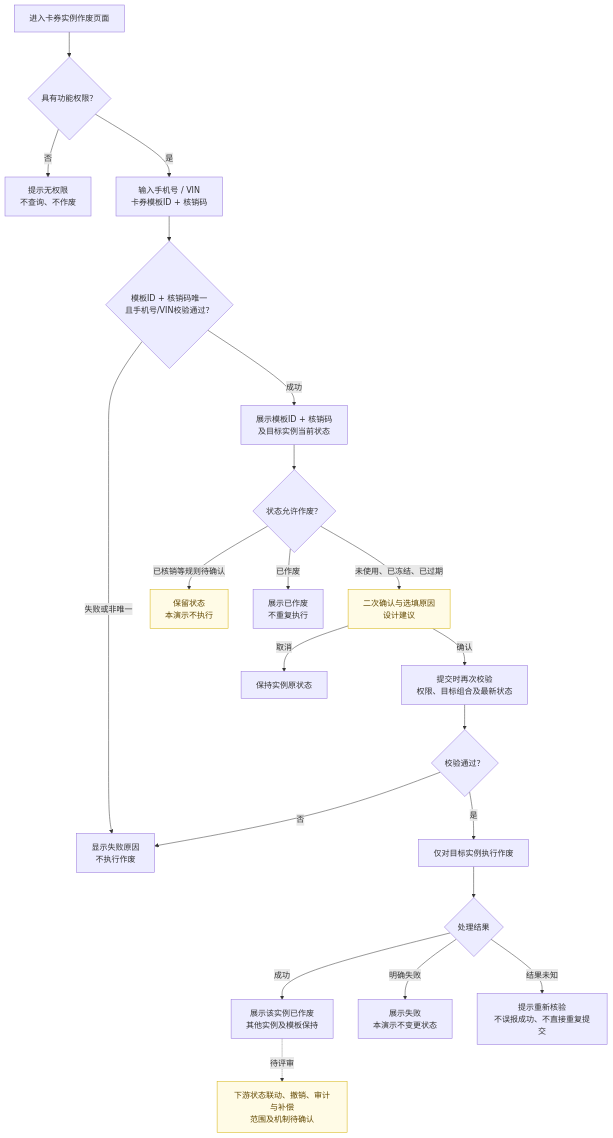
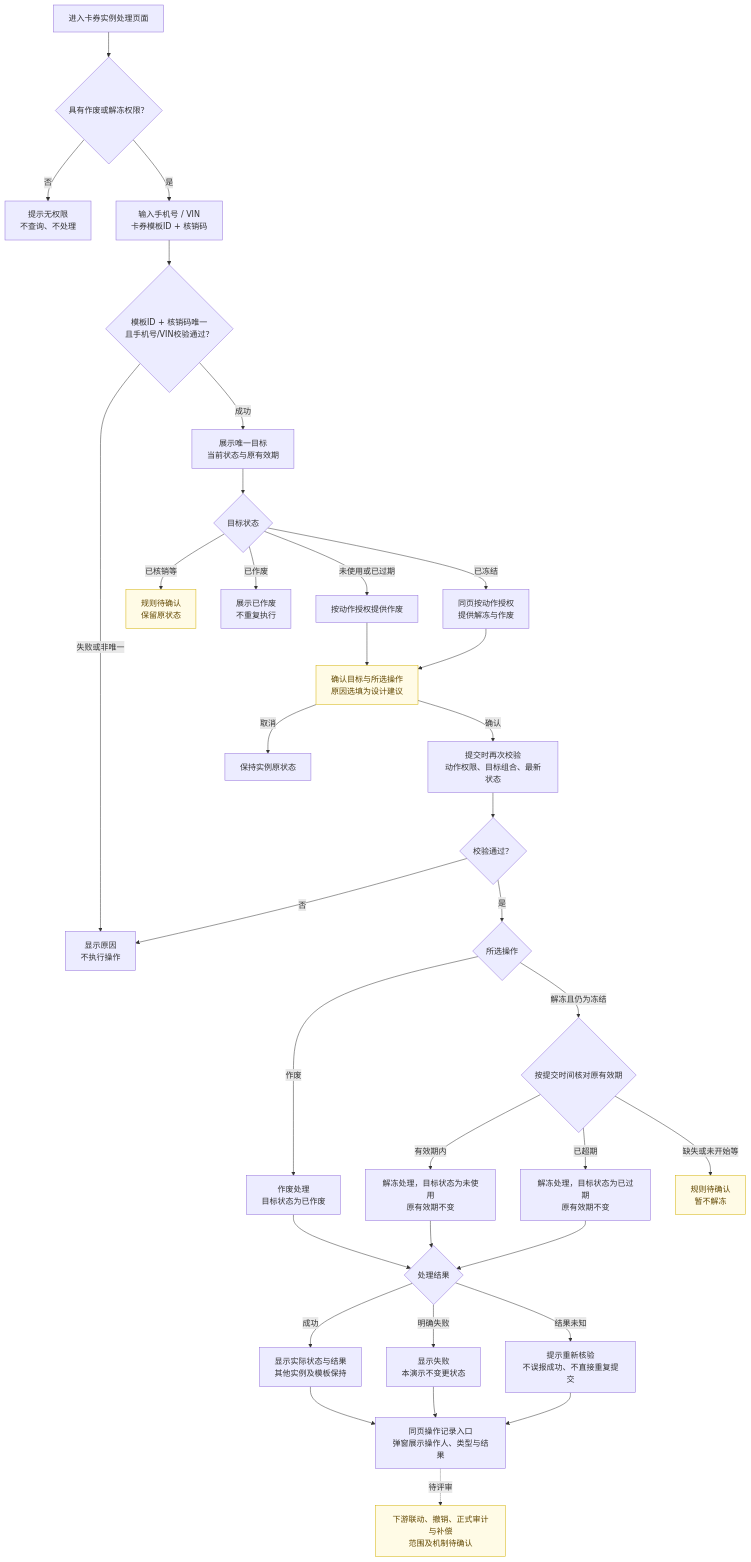
Before and after one commit to huanghaofa/combo-activity-tiered-claim-prototype: the diagram in coupon-instance-void/docs/flow.mmd, drawn with Mermaid. The commit also changed 14 other files, not shown here.

```diff
--- a/coupon-instance-void/docs/flow.mmd
+++ b/coupon-instance-void/docs/flow.mmd
@@ -1,36 +1,55 @@
 flowchart TD
-    A[进入卡券实例作废页面] --> B{具有功能权限？}
+    A[进入卡券实例处理页面] --> B{具有作废或解冻权限？}
     B -- 否 --> X[提示无权限
-不查询、不作废]
+不查询、不处理]
     B -- 是 --> C[输入手机号 / VIN
 卡券模板ID + 核销码]
     C --> D{模板ID + 核销码唯一
 且手机号/VIN校验通过？}
-    D -- 失败或非唯一 --> E[显示失败原因
-不执行作废]
-    D -- 成功 --> F[展示模板ID + 核销码
-及目标实例当前状态]
-    F --> G{状态允许作废？}
-    G -- 已核销等规则待确认 --> H[保留状态
-本演示不执行]
+    D -- 失败或非唯一 --> E[显示原因
+不执行操作]
+    D -- 成功 --> F[展示唯一目标
+当前状态与原有效期]
+    F --> G{目标状态}
+    G -- 已核销等 --> H[规则待确认
+保留原状态]
     G -- 已作废 --> R[展示已作废
 不重复执行]
-    G -- 未使用、已冻结、已过期 --> I[二次确认与选填原因
-设计建议]
+    G -- 未使用或已过期 --> V[按动作授权提供作废]
+    G -- 已冻结 --> U[同页按动作授权
+提供解冻与作废]
+    V --> I[确认目标与所选操作
+原因选填为设计建议]
+    U --> I
     I -- 取消 --> Z[保持实例原状态]
     I -- 确认 --> J[提交时再次校验
-权限、目标组合及最新状态]
+动作权限、目标组合、最新状态]
     J --> K{校验通过？}
     K -- 否 --> E
-    K -- 是 --> L[仅对目标实例执行作废]
-    L --> M{处理结果}
-    M -- 成功 --> N[展示该实例已作废
+    K -- 是 --> L{所选操作}
+    L -- 作废 --> W[作废处理
+目标状态为已作废]
+    L -- 解冻且仍为冻结 --> T{按提交时间核对原有效期}
+    T -- 有效期内 --> N[解冻处理，目标状态为未使用
+原有效期不变]
+    T -- 已超期 --> O[解冻处理，目标状态为已过期
+原有效期不变]
+    T -- 缺失或未开始等 --> Y[规则待确认
+暂不解冻]
+    W --> M{处理结果}
+    N --> M
+    O --> M
+    M -- 成功 --> S[显示实际状态与结果
 其他实例及模板保持]
-    M -- 明确失败 --> O[展示失败
+    M -- 明确失败 --> FAIL[显示失败
 本演示不变更状态]
     M -- 结果未知 --> P[提示重新核验
 不误报成功、不直接重复提交]
-    N -. 待评审 .-> Q[下游状态联动、撤销、审计与补偿
+    S --> LOG[同页操作记录入口
+弹窗展示操作人、类型与结果]
+    FAIL --> LOG
+    P --> LOG
+    LOG -. 待评审 .-> Q[下游联动、撤销、正式审计与补偿
 范围及机制待确认]
     classDef pending fill:#fffbe6,stroke:#d4b106,color:#614700;
-    class H,I,Q pending;
+    class H,I,Y,Q pending;
```
